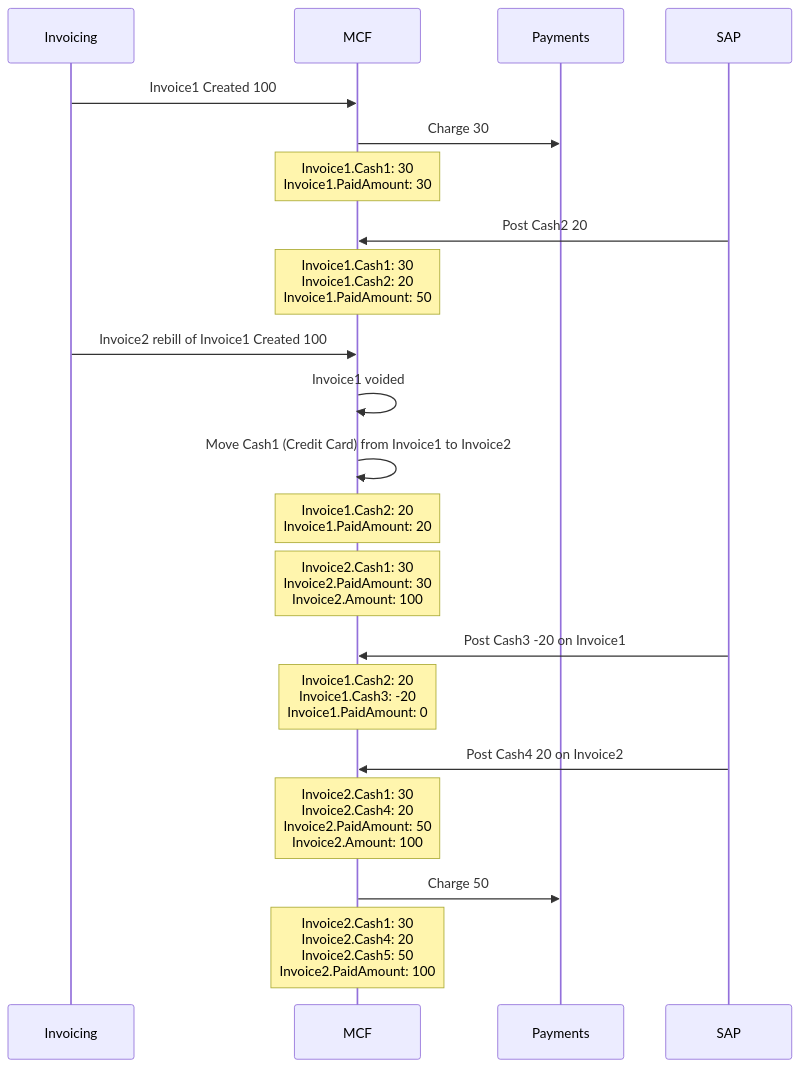
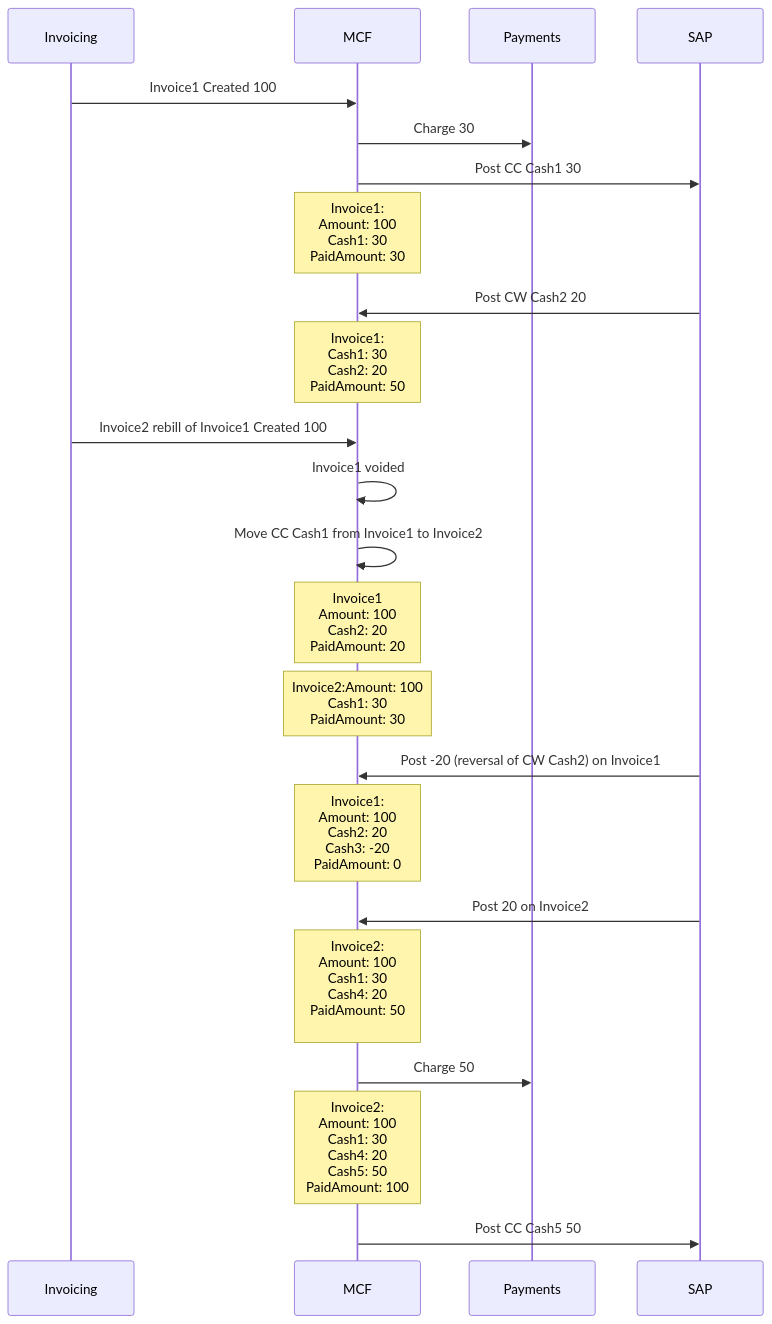
One commit to vikramsinha/test1 changed diagram 12 of 13 in MCF-SAP Scenarios.md. Above: the diagram before and after it, drawn with Mermaid. The commit also changed other lines of this file, not shown here.

Commit message:
Update MCF-SAP Scenarios.md

````diff
--- a/MCF-SAP Scenarios.md
+++ b/MCF-SAP Scenarios.md
@@ -246,24 +246,26 @@
 ```mermaid
 %%{init: {'theme': 'default'} }%%
 sequenceDiagram
     participant Invoicing
     participant MCF
     participant Payments
     participant SAP
     Invoicing->>MCF: Invoice1 Created 100
     MCF->>Payments: Charge 30
-    Note over MCF: Invoice1.Cash1: 30<br/>Invoice1.PaidAmount: 30
-    SAP->>MCF: Post Cash2 20
-    Note over MCF: Invoice1.Cash1: 30<br/>Invoice1.Cash2: 20<br/>Invoice1.PaidAmount: 50
+    MCF->>SAP: Post CC Cash1 30
+    Note over MCF: Invoice1:<br/>Amount: 100<br/>Cash1: 30<br/>PaidAmount: 30
+    SAP->>MCF: Post CW Cash2 20
+    Note over MCF: Invoice1:<br/>Cash1: 30<br/>Cash2: 20<br/>PaidAmount: 50
     Invoicing->>MCF: Invoice2 rebill of Invoice1 Created 100
     MCF->>MCF: Invoice1 voided
-    MCF->>MCF: Move Cash1 (Credit Card) from Invoice1 to Invoice2
-    Note over MCF: Invoice1.Cash2: 20<br/>Invoice1.PaidAmount: 20
-    Note over MCF: Invoice2.Cash1: 30<br/>Invoice2.PaidAmount: 30<br/>Invoice2.Amount: 100
-    SAP->>MCF: Post Cash3 -20 on Invoice1
-    Note over MCF: Invoice1.Cash2: 20<br/>Invoice1.Cash3: -20<br/>Invoice1.PaidAmount: 0
-    SAP->>MCF: Post Cash4 20 on Invoice2
-    Note over MCF: Invoice2.Cash1: 30<br/>Invoice2.Cash4: 20<br/>Invoice2.PaidAmount: 50<br/>Invoice2.Amount: 100
+    MCF->>MCF: Move CC Cash1 from Invoice1 to Invoice2
+    Note over MCF: Invoice1<br/>Amount: 100<br/>Cash2: 20<br/>PaidAmount: 20
+    Note over MCF: Invoice2:Amount: 100<br/>Cash1: 30<br/>PaidAmount: 30
+    SAP->>MCF: Post -20 (reversal of CW Cash2) on Invoice1
+    Note over MCF: Invoice1:<br/>Amount: 100<br/>Cash2: 20<br/>Cash3: -20<br/>PaidAmount: 0
+    SAP->>MCF: Post 20 on Invoice2
+    Note over MCF: Invoice2:<br/>Amount: 100<br/>Cash1: 30<br/>Cash4: 20<br/>PaidAmount: 50<br/>
     MCF->>Payments: Charge 50
-    Note over MCF: Invoice2.Cash1: 30<br/>Invoice2.Cash4: 20<br/>Invoice2.Cash5: 50<br/>Invoice2.PaidAmount: 100
+    Note over MCF: Invoice2:<br/>Amount: 100<br/>Cash1: 30<br/>Cash4: 20<br/>Cash5: 50<br/>PaidAmount: 100
+    MCF->>SAP: Post CC Cash5 50
 ```
````
